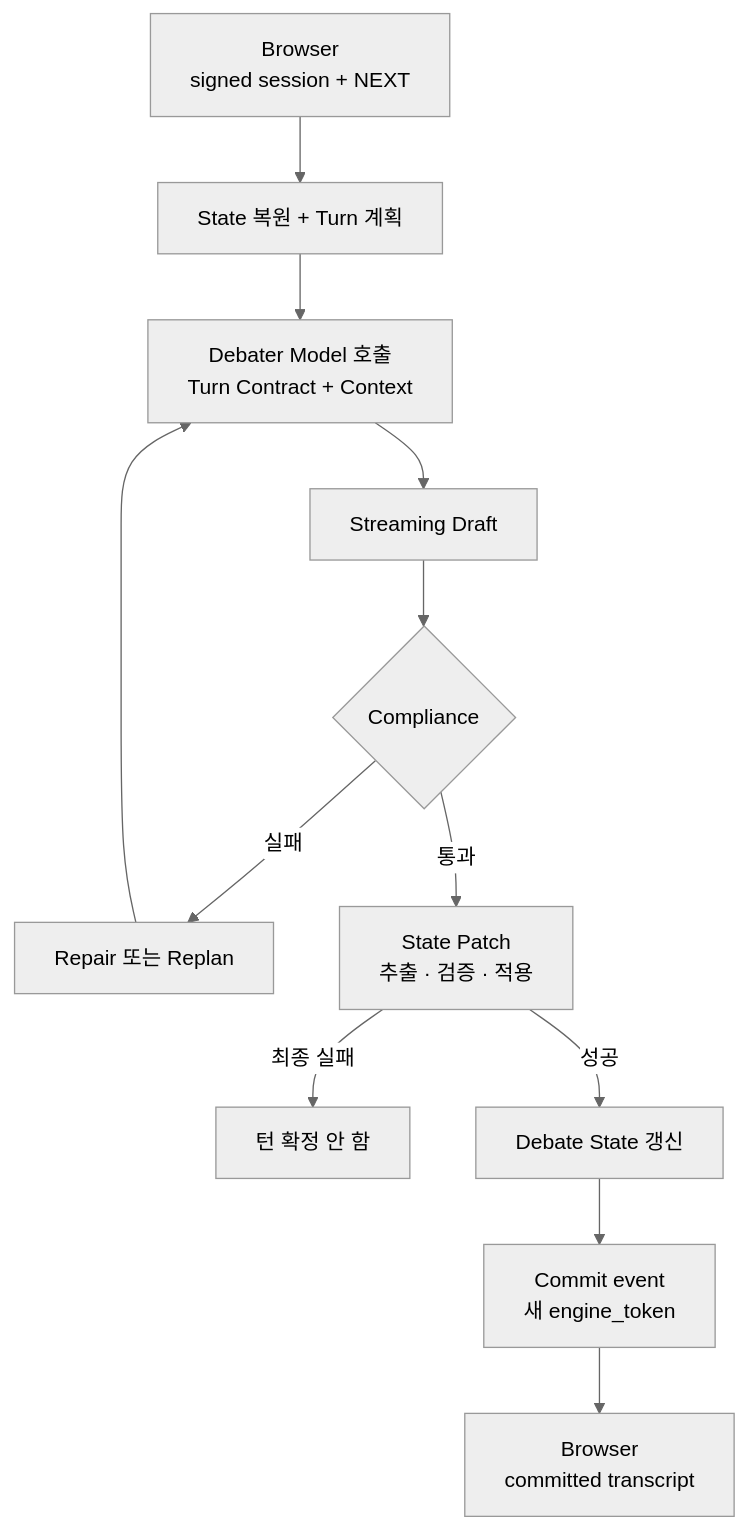
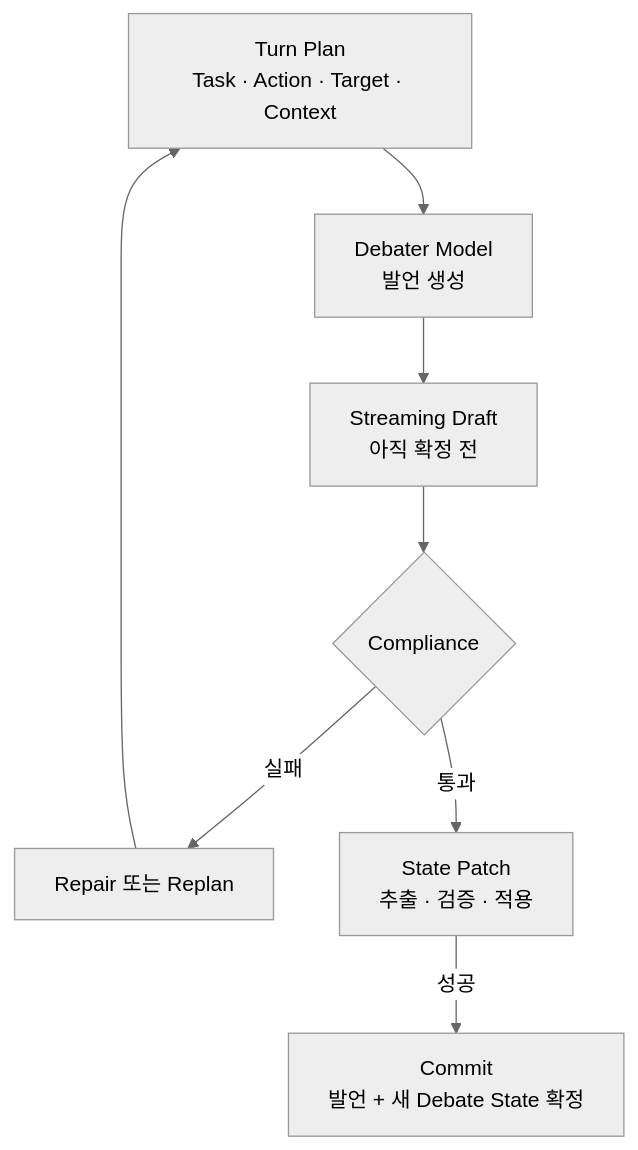
One commit to hodob/A1-3 changed the fifth of 5 diagrams in README.md. Above: the diagram before and after it, drawn with Mermaid (neutral theme). The commit also changed other lines of this file, not shown here.

Commit message:
docs: reorganize README around core debate flow

````diff
--- a/README.md
+++ b/README.md
@@ -404,16 +252,18 @@
-```mermaid
+~~~mermaid
 flowchart TD
-    A[Browser<br/>signed session + NEXT] --> B[State 복원 + Turn 계획]
-    B --> C[Debater Model 호출<br/>Turn Contract + Context]
-    C --> D[Streaming Draft]
-    D --> E{Compliance}
+    P[Turn Plan<br/>Task · Action · Target · Context]
+    G[Debater Model<br/>발언 생성]
+    D[Streaming Draft<br/>아직 확정 전]
+    V{Compliance}
+    R[Repair 또는 Replan]
+    S[State Patch<br/>추출 · 검증 · 적용]
+    C[Commit<br/>발언 + 새 Debate State 확정]
 
-    E -->|실패| F[Repair 또는 Replan]
-    F --> C
-
-    E -->|통과| G[State Patch<br/>추출 · 검증 · 적용]
-    G -->|최종 실패| X[턴 확정 안 함]
-    G -->|성공| H[Debate State 갱신]
-    H --> I[Commit event<br/>새 engine_token]
-    I --> J[Browser<br/>committed transcript]
-```
+    P --> G
+    G --> D
+    D --> V
+    V -->|실패| R
+    R --> P
+    V -->|통과| S
+    S -->|성공| C
+~~~
````
